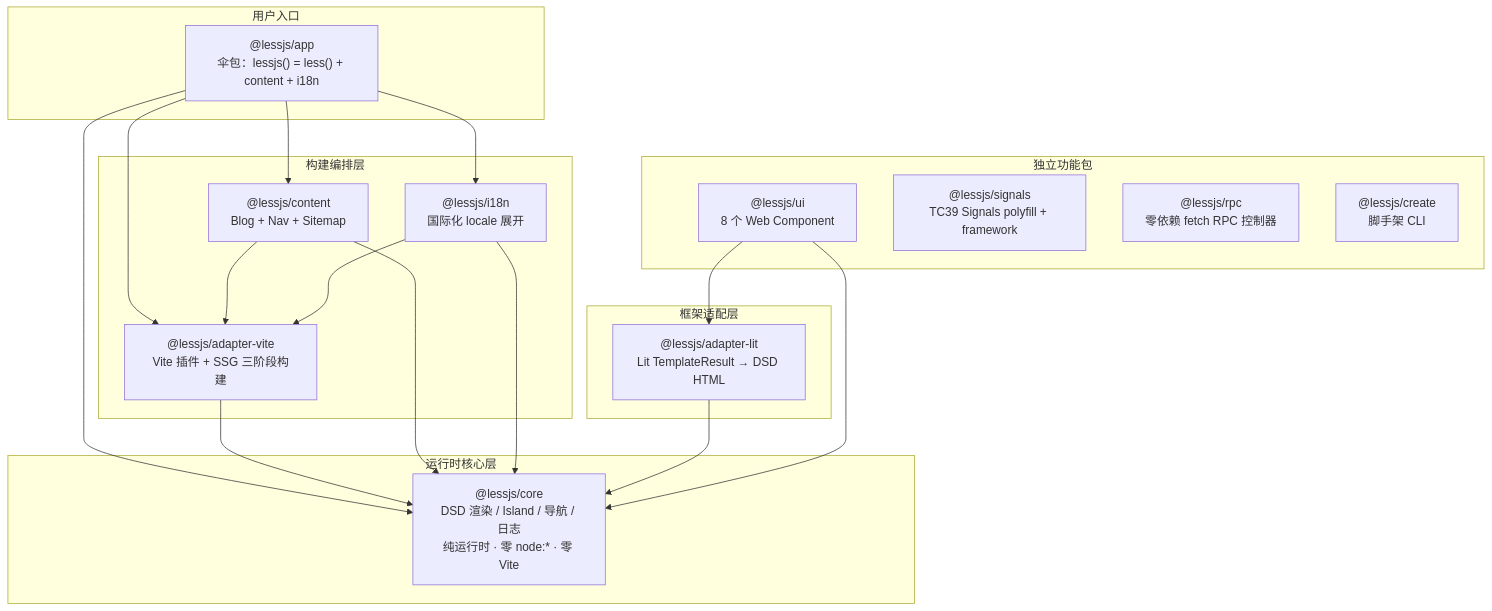
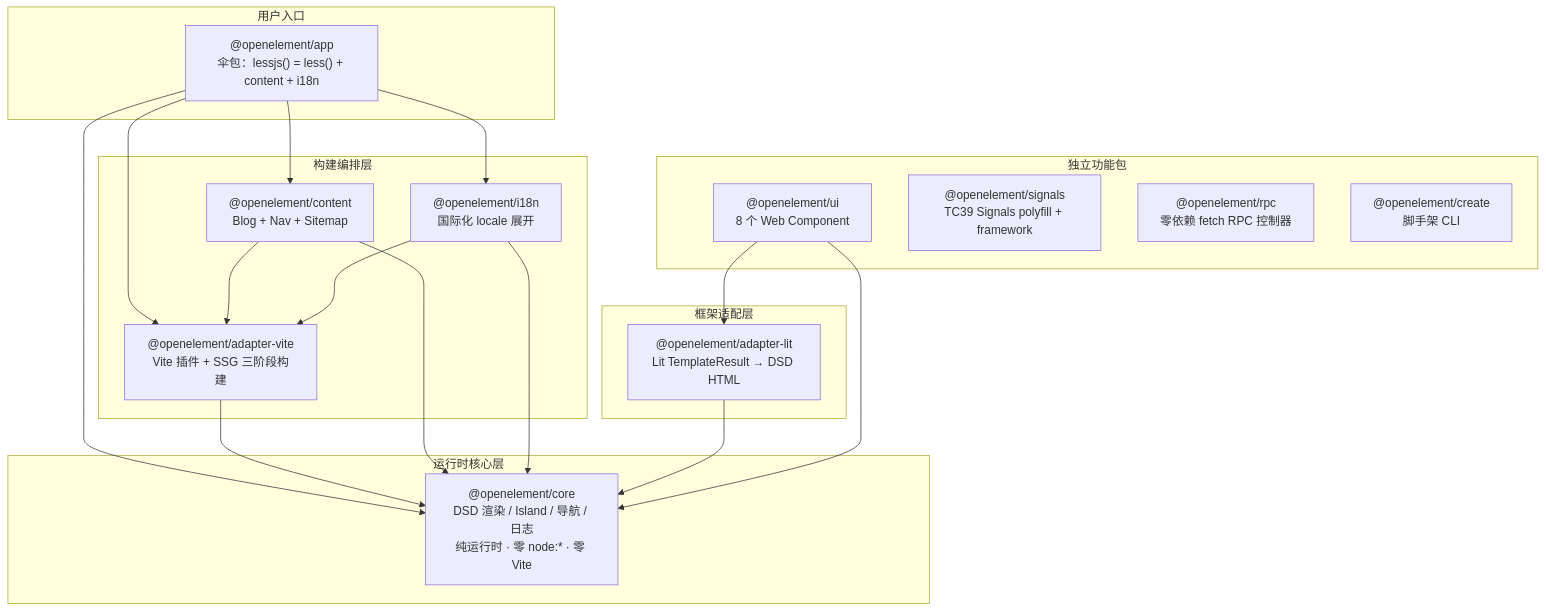
Before and after one commit to lessjs-run/lessjs: the first of 3 diagrams in docs/status/reviews/2026-05-13/lessjs-audit-architecture.md, drawn with Mermaid. The commit also changed other lines of this file and 703 other files, not shown here.

````diff
--- a/docs/status/reviews/2026-05-13/lessjs-audit-architecture.md
+++ b/docs/status/reviews/2026-05-13/lessjs-audit-architecture.md
@@ -13,42 +13,42 @@
 ```mermaid
 graph TB
     subgraph "用户入口"
-        APP["@lessjs/app<br/>伞包：lessjs() = less() + content + i18n"]
+        APP["@openelement/app<br/>伞包：lessjs() = less() + content + i18n"]
     end
 
     subgraph "构建编排层"
-        ADAPTER_VITE["@lessjs/adapter-vite<br/>Vite 插件 + SSG 三阶段构建"]
-        CONTENT["@lessjs/content<br/>Blog + Nav + Sitemap"]
-        I18N["@lessjs/i18n<br/>国际化 locale 展开"]
+        ADAPTER_VITE["@openelement/adapter-vite<br/>Vite 插件 + SSG 三阶段构建"]
+        CONTENT["@openelement/content<br/>Blog + Nav + Sitemap"]
+        I18N["@openelement/i18n<br/>国际化 locale 展开"]
     end
 
     subgraph "运行时核心层"
-        CORE["@lessjs/core<br/>DSD 渲染 / Island / 导航 / 日志<br/>纯运行时 · 零 node:* · 零 Vite"]
+        CORE["@openelement/core<br/>DSD 渲染 / Island / 导航 / 日志<br/>纯运行时 · 零 node:* · 零 Vite"]
     end
 
     subgraph "框架适配层"
-        ADAPTER_LIT["@lessjs/adapter-lit<br/>Lit TemplateResult → DSD HTML"]
+        ADAPTER_LIT["@openelement/adapter-lit<br/>Lit TemplateResult → DSD HTML"]
     end
 
     subgraph "独立功能包"
-        UI["@lessjs/ui<br/>8 个 Web Component"]
-        SIGNALS["@lessjs/signals<br/>TC39 Signals polyfill + framework"]
-        RPC["@lessjs/rpc<br/>零依赖 fetch RPC 控制器"]
-        CREATE["@lessjs/create<br/>脚手架 CLI"]
+        UI["@openelement/ui<br/>8 个 Web Component"]
+        SIGNALS["@openelement/signals<br/>TC39 Signals polyfill + framework"]
+        RPC["@openelement/rpc<br/>零依赖 fetch RPC 控制器"]
+        CREATE["@openelement/create<br/>脚手架 CLI"]
     end
 
     APP --> ADAPTER_VITE
     APP --> CONTENT
     APP --> I18N
     APP --> CORE
 
     ADAPTER_VITE --> CORE
     CONTENT --> ADAPTER_VITE
     CONTENT --> CORE
     I18N --> ADAPTER_VITE
     I18N --> CORE
 
     ADAPTER_LIT --> CORE
     UI --> CORE
     UI --> ADAPTER_LIT
 ```
````
